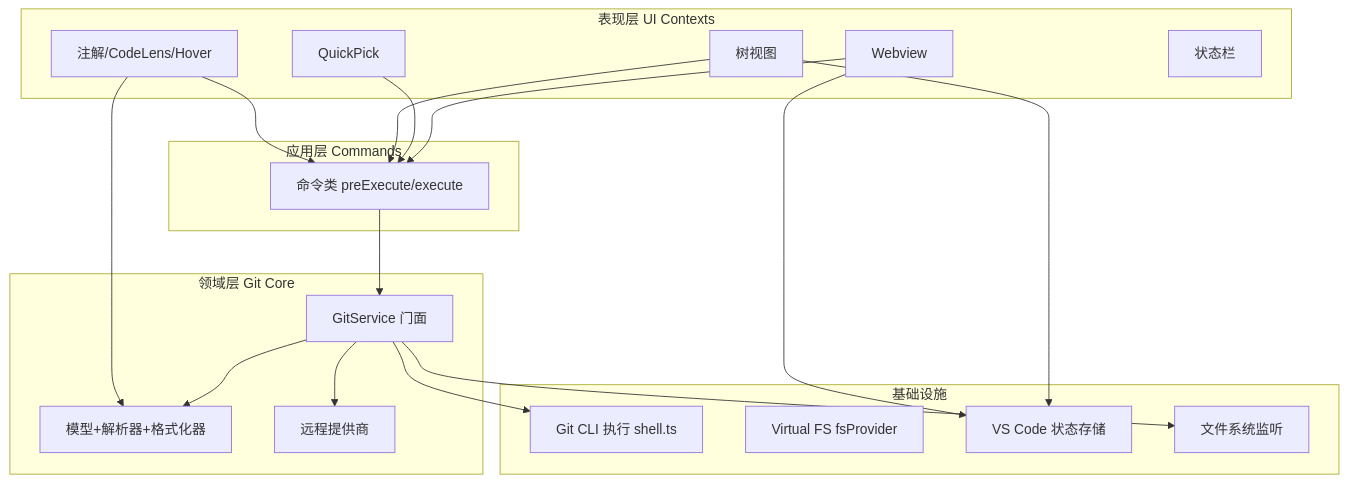
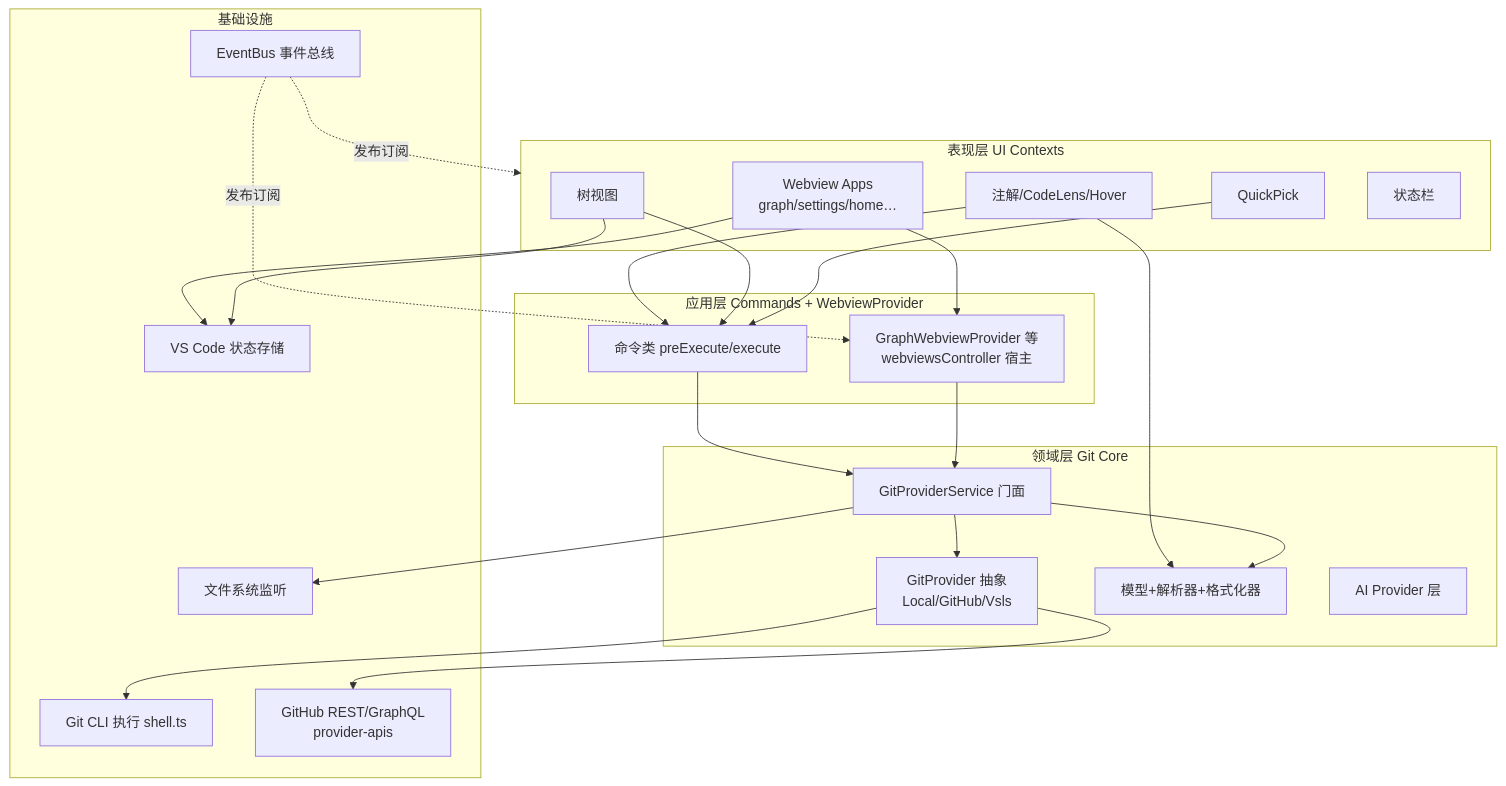
The fifth of 10 diagrams in domain/software_analysis/vscode_gitlens.analysis.md (PirsLee/documents), drawn with Mermaid before and after one commit. The commit also changed other lines of this file, not shown here.

````diff
--- a/domain/software_analysis/vscode_gitlens.analysis.md
+++ b/domain/software_analysis/vscode_gitlens.analysis.md
@@ -249,36 +307,43 @@
 ```mermaid
 flowchart TD
     subgraph L1[表现层 UI Contexts]
         ANNO[注解/CodeLens/Hover]
         VIEW[树视图]
         PICK[QuickPick]
-        WEB[Webview]
+        RENDER[Webview Apps<br/>graph/settings/home…]
         SB[状态栏]
     end
-    subgraph L2[应用层 Commands]
+    subgraph L2[应用层 Commands + WebviewProvider]
         CMD[命令类 preExecute/execute]
+        WVP[GraphWebviewProvider 等<br/>webviewsController 宿主]
     end
     subgraph L3[领域层 Git Core]
-        SVC[GitService 门面]
+        SVC[GitProviderService 门面]
+        PROV[GitProvider 抽象<br/>Local/GitHub/Vsls]
         MOD[模型+解析器+格式化器]
-        REM[远程提供商]
+        AI[AI Provider 层]
     end
     subgraph L4[基础设施]
         SHELL[Git CLI 执行 shell.ts]
-        VSFS[Virtual FS fsProvider]
+        API[GitHub REST/GraphQL<br/>provider-apis]
         MEMENTO[VS Code 状态存储]
         WATCH[文件系统监听]
+        BUS[EventBus 事件总线]
     end
     ANNO --> CMD
     VIEW --> CMD
     PICK --> CMD
+    RENDER --> WVP
     CMD --> SVC
-    WEB --> CMD
+    WVP --> SVC
     ANNO --> MOD
-    SVC --> SHELL
+    SVC --> PROV
+    PROV --> SHELL
+    PROV --> API
     SVC --> MOD
-    SVC --> REM
     SVC --> WATCH
-    WEB --> MEMENTO
+    RENDER --> MEMENTO
     VIEW --> MEMENTO
+    BUS -.发布订阅.-> L1
+    BUS -.发布订阅.-> WVP
 ```
````
